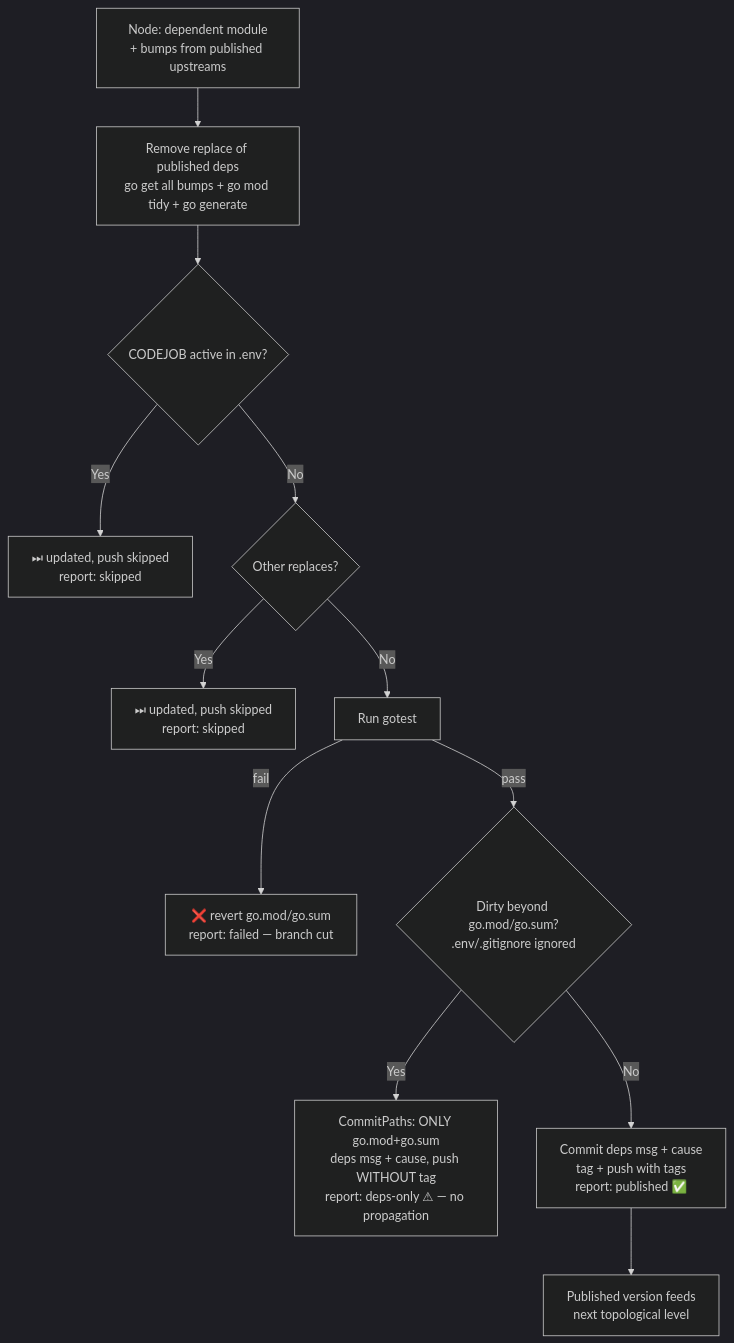
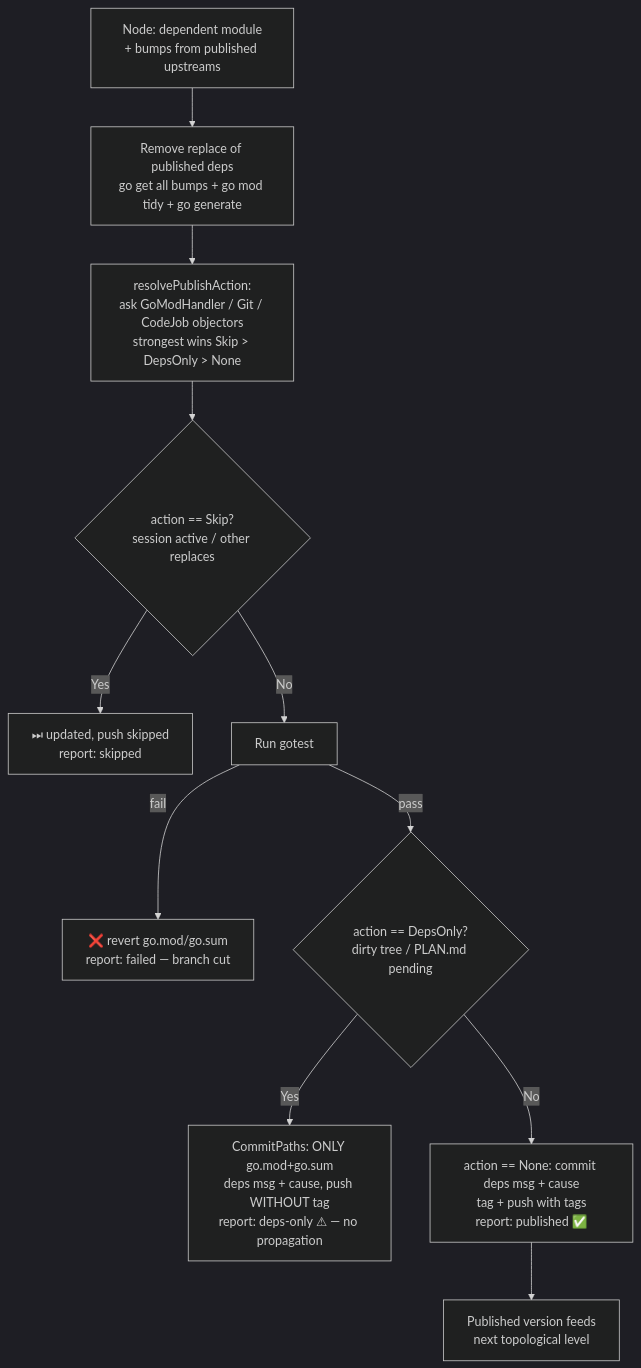
One commit to tinywasm/devflow changed the second of 2 diagrams in docs/diagrams/GOPUSH_FLOW.md. Above: the diagram before and after it, drawn with Mermaid (dark theme). The commit also changed other lines of this file and 2 other files, not shown here.

Commit message:
chore: sync before codejob dispatch

````diff
--- a/docs/diagrams/GOPUSH_FLOW.md
+++ b/docs/diagrams/GOPUSH_FLOW.md
@@ -73,14 +87,13 @@
 ```mermaid
 flowchart TD
     N[Node: dependent module<br/>+ bumps from published upstreams] --> N2[Remove replace of published deps<br/>go get all bumps + go mod tidy + go generate]
-    N2 --> N1{CODEJOB active in .env?}
+    N2 --> NR[resolvePublishAction:<br/>ask GoModHandler / Git / CodeJob objectors<br/>strongest wins Skip &gt; DepsOnly &gt; None]
+    NR --> N1{action == Skip?<br/>session active / other replaces}
     N1 -- Yes --> NS1[⏭ updated, push skipped<br/>report: skipped]
-    N1 -- No --> N3{Other replaces?}
-    N3 -- Yes --> NS2[⏭ updated, push skipped<br/>report: skipped]
-    N3 -- No --> N4[Run gotest]
+    N1 -- No --> N4[Run gotest]
     N4 -- fail --> NF[❌ revert go.mod/go.sum<br/>report: failed — branch cut]
-    N4 -- pass --> N5{Dirty beyond go.mod/go.sum?<br/>.env/.gitignore ignored}
+    N4 -- pass --> N5{action == DepsOnly?<br/>dirty tree / PLAN.md pending}
     N5 -- Yes --> N6[CommitPaths: ONLY go.mod+go.sum<br/>deps msg + cause, push WITHOUT tag<br/>report: deps-only ⚠ — no propagation]
-    N5 -- No --> N7[Commit deps msg + cause<br/>tag + push with tags<br/>report: published ✅]
+    N5 -- No --> N7[action == None: commit deps msg + cause<br/>tag + push with tags<br/>report: published ✅]
     N7 --> N8[Published version feeds<br/>next topological level]
 ```
````
